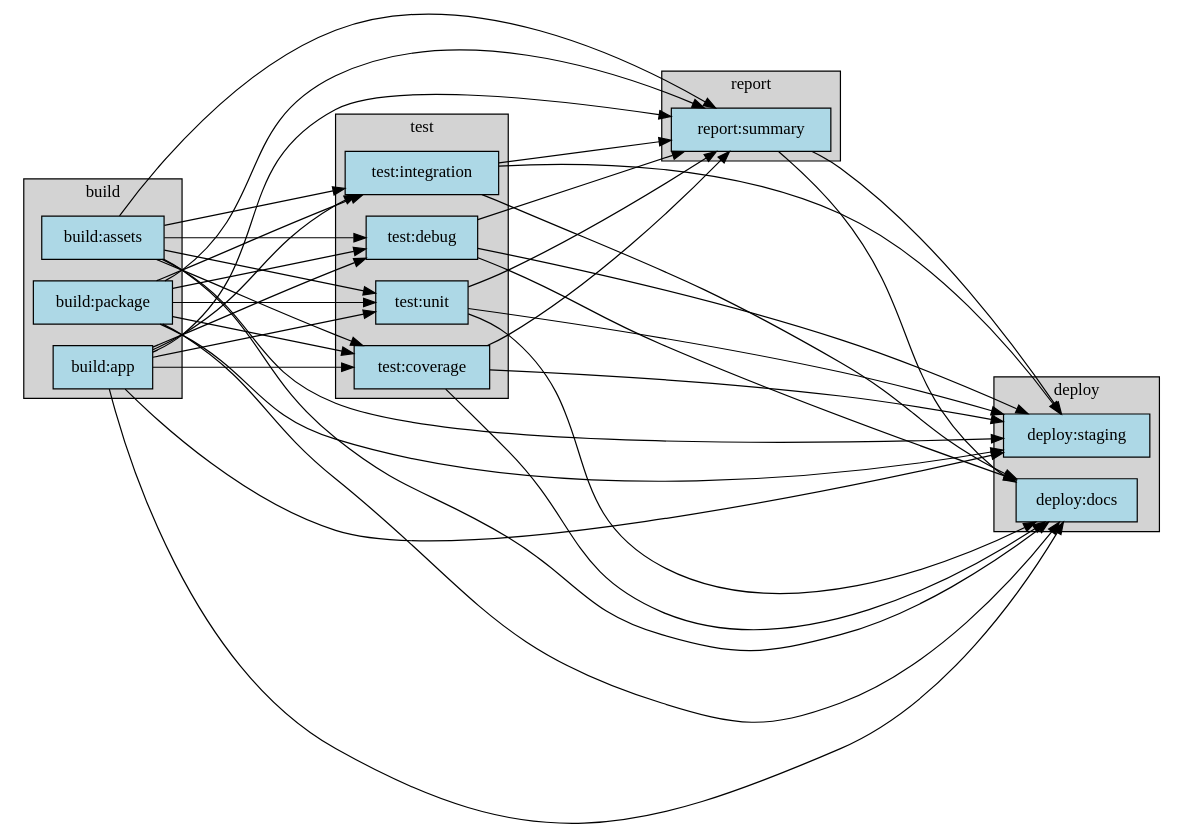
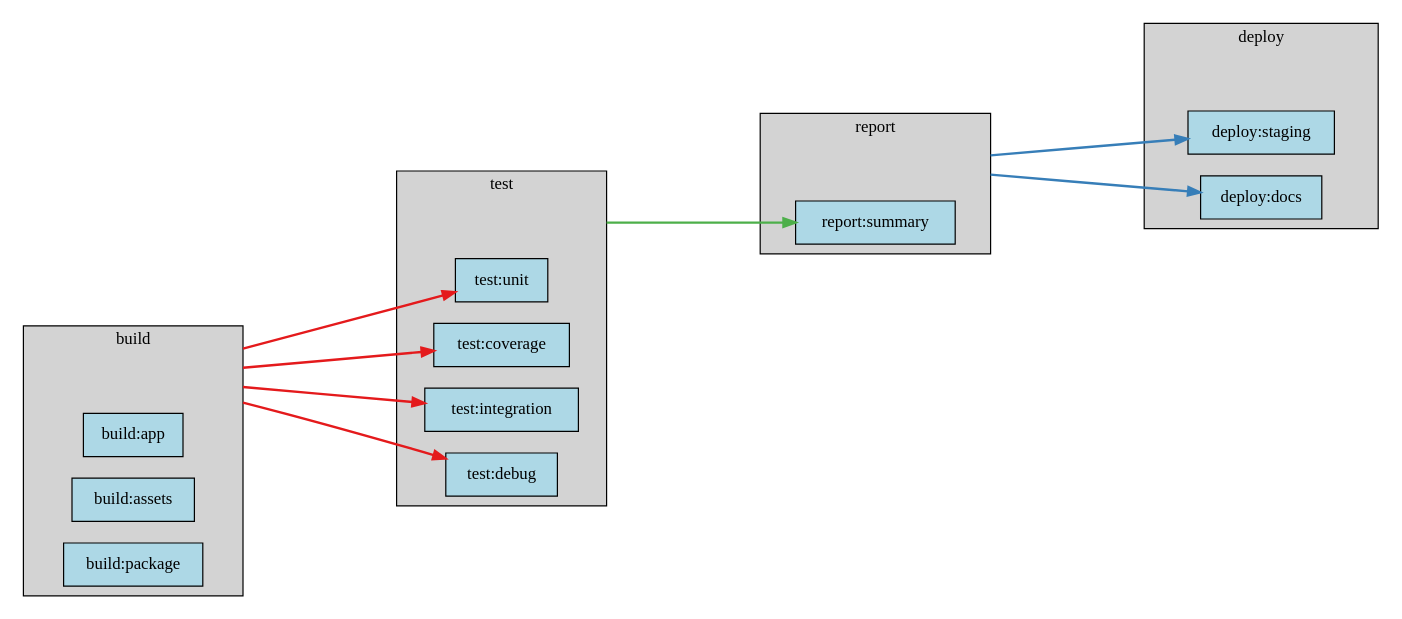
One commit to eisbaw/gitlab_local_ci changed the diagram in test_ci_projects/proj6.output_reference/dag.dot. Above: the diagram before and after it, drawn with Graphviz. The commit also changed 174 other files, not shown here.

```diff
--- a/test_ci_projects/proj6.output_reference/dag.dot
+++ b/test_ci_projects/proj6.output_reference/dag.dot
@@ -1,79 +1,60 @@
 digraph pipeline {
   rankdir="LR";
   ranksep=2;
+  compound=true;
   node [shape=box, style=filled, fillcolor=lightblue];
 
   subgraph cluster_build {
     label="build";
     style=filled;
     fillcolor=lightgrey;
+
+    __stage_anchor_build [style=invis, width=0, height=0];
 
     build_app [label="build:app", tooltip="---\nstage: build\nscript:\n- echo \"Building application version $BUILD_VERSION\"\n- mkdir -p build/bin\n- echo \"app-binary-content\" > build/bin/app\n- echo \"Version $BUILD_VERSION built at $(date)\" > build/version.txt\nartifacts:\n  paths:\n  - build/\n  expire_in: 1 week\n  name: app-build-$CI_COMMIT_REF_SLUG\n"];
     build_assets [label="build:assets", tooltip="---\nstage: build\nscript:\n- echo \"Compiling assets\"\n- mkdir -p dist/css dist/js\n- echo \"body { color: blue; }\" > dist/css/style.css\n- echo \"console.log('hello');\" > dist/js/app.js\nartifacts:\n  paths:\n  - dist/\n  expire_in: 2 days\n  name: assets-$CI_JOB_NAME-$CI_COMMIT_SHORT_SHA\n"];
     build_package [label="build:package", tooltip="---\nstage: build\nscript:\n- echo \"Creating package\"\n- mkdir -p package/src package/test\n- echo \"source code\" > package/src/main.rb\n- echo \"test code\" > package/test/main_test.rb\n- echo \"secret\" > package/secret.key\nartifacts:\n  paths:\n  - package/\n  exclude:\n  - package/**/*.key\n  expire_in: 2 weeks\n  name: package-$CI_COMMIT_TAG\n"];
   }
 
   subgraph cluster_test {
     label="test";
     style=filled;
     fillcolor=lightgrey;
+
+    __stage_anchor_test [style=invis, width=0, height=0];
 
     test_unit [label="test:unit", tooltip="---\nstage: test\ndependencies:\n- build:app\nscript:\n- echo \"Running unit tests with $(cat build/version.txt)\"\n- mkdir -p test-results\n- |\n  cat > test-results/junit.xml << EOF\n  <?xml version=\"1.0\" encoding=\"UTF-8\"?>\n  <testsuites>\n    <testsuite name=\"UnitTests\" tests=\"5\" failures=\"0\" errors=\"0\">\n      <testcase name=\"test_login\" time=\"0.5\"/>\n      <testcase name=\"test_logout\" time=\"0.3\"/>\n      <testcase name=\"test_validation\" time=\"0.7\"/>\n      <testcase name=\"test_api\" time=\"1.2\"/>\n      <testcase name=\"test_database\" time=\"0.8\"/>\n    </testsuite>\n  </testsuites>\n  EOF\nartifacts:\n  reports:\n    junit: test-results/junit.xml\n  paths:\n  - test-results/\n  expire_in: 30 days\n"];
     test_coverage [label="test:coverage", tooltip="---\nstage: test\ndependencies:\n- build:app\nscript:\n- echo \"Generating coverage report\"\n- mkdir -p coverage\n- |\n  cat > coverage/cobertura.xml << EOF\n  <?xml version=\"1.0\"?>\n  <coverage line-rate=\"0.85\" branch-rate=\"0.80\" version=\"1.0\">\n    <packages>\n      <package name=\"main\" line-rate=\"0.85\" branch-rate=\"0.80\">\n        <classes>\n          <class name=\"App\" line-rate=\"0.90\" branch-rate=\"0.85\"/>\n        </classes>\n      </package>\n    </packages>\n  </coverage>\n  EOF\n- echo \"Total coverage: 85%\" > coverage/summary.txt\nartifacts:\n  reports:\n    coverage_report:\n      coverage_format: cobertura\n      path: coverage/cobertura.xml\n  paths:\n  - coverage/\n  expire_in: 1 month\n"];
     test_integration [label="test:integration", tooltip="---\nstage: test\ndependencies:\n- build:app\n- build:assets\nscript:\n- echo \"Running integration tests\"\n- ls -la build/ dist/\n- mkdir -p integration-logs\n- echo \"Integration test log - $(date)\" > integration-logs/test.log\n- echo \"All integration tests passed\" > integration-logs/status.txt\nartifacts:\n  paths:\n  - integration-logs/\n  expire_in: 1 week\n  when: always\n"];
     test_debug [label="test:debug", tooltip="---\nstage: test\ndependencies:\n- build:app\nscript:\n- echo \"Running debug tests\"\n- mkdir -p debug-logs\n- echo \"Debug output: $(date)\" > debug-logs/debug.log\n- echo \"Memory usage: 128MB\" > debug-logs/memory.log\nartifacts:\n  paths:\n  - debug-logs/\n  expire_in: 3 days\n  when: on_failure\n  name: debug-logs-$CI_JOB_ID\n"];
   }
 
   subgraph cluster_report {
     label="report";
     style=filled;
     fillcolor=lightgrey;
 
+    __stage_anchor_report [style=invis, width=0, height=0];
+
     report_summary [label="report:summary", tooltip="---\nstage: report\ndependencies:\n- test:unit\n- test:coverage\n- test:integration\nscript:\n- echo \"Generating test summary report\"\n- echo \"=== Test Summary ===\" > summary.txt\n- echo \"Unit Tests:\" >> summary.txt\n- cat test-results/junit.xml | grep 'testsuite' >> summary.txt || true\n- echo \"\" >> summary.txt\n- echo \"Coverage:\" >> summary.txt\n- cat coverage/summary.txt >> summary.txt\n- echo \"\" >> summary.txt\n- echo \"Integration:\" >> summary.txt\n- cat integration-logs/status.txt >> summary.txt\n- cat summary.txt\nartifacts:\n  paths:\n  - summary.txt\n  expire_in: 90 days\n  name: test-summary-$CI_PIPELINE_ID\n"];
   }
 
   subgraph cluster_deploy {
     label="deploy";
     style=filled;
     fillcolor=lightgrey;
 
+    __stage_anchor_deploy [style=invis, width=0, height=0];
+
     deploy_staging [label="deploy:staging", tooltip="---\nstage: deploy\ndependencies:\n- build:app\n- build:assets\nscript:\n- echo \"Deploying to staging\"\n- echo \"Application binary: $(cat build/bin/app)\"\n- echo \"CSS files: $(ls dist/css/)\"\n- echo \"JS files: $(ls dist/js/)\"\n- echo \"Deployed version: $(cat build/version.txt)\"\nenvironment:\n  name: staging\nartifacts:\n  paths:\n  - build/version.txt\n  expire_in: 6 months\n  name: deployment-info\n"];
     deploy_docs [label="deploy:docs", tooltip="---\nstage: deploy\ndependencies: []\nscript:\n- echo \"Deploying documentation\"\n- mkdir -p docs\n- echo \"# API Documentation\" > docs/README.md\n- echo \"Version: $BUILD_VERSION\" >> docs/README.md\nartifacts:\n  paths:\n  - docs/\n  expire_in: never\n"];
   }
 
-  build_app -> test_unit;
-  build_assets -> test_unit;
-  build_package -> test_unit;
-  build_app -> test_coverage;
-  build_assets -> test_coverage;
-  build_package -> test_coverage;
-  build_app -> test_integration;
-  build_assets -> test_integration;
-  build_package -> test_integration;
-  build_app -> report_summary;
-  build_assets -> report_summary;
-  test_unit -> report_summary;
-  test_coverage -> report_summary;
-  test_integration -> report_summary;
-  test_debug -> report_summary;
-  build_package -> report_summary;
-  build_app -> deploy_staging;
-  build_assets -> deploy_staging;
-  test_unit -> deploy_staging;
-  test_coverage -> deploy_staging;
-  test_integration -> deploy_staging;
-  report_summary -> deploy_staging;
-  test_debug -> deploy_staging;
-  build_package -> deploy_staging;
-  build_app -> deploy_docs;
-  build_assets -> deploy_docs;
-  test_unit -> deploy_docs;
-  test_coverage -> deploy_docs;
-  test_integration -> deploy_docs;
-  report_summary -> deploy_docs;
-  test_debug -> deploy_docs;
-  build_package -> deploy_docs;
-  build_app -> test_debug;
-  build_assets -> test_debug;
-  build_package -> test_debug;
+  __stage_anchor_build -> test_unit [ltail=cluster_build, style=bold, color="#E41A1C"];
+  __stage_anchor_build -> test_coverage [ltail=cluster_build, style=bold, color="#E41A1C"];
+  __stage_anchor_build -> test_integration [ltail=cluster_build, style=bold, color="#E41A1C"];
+  __stage_anchor_test -> report_summary [ltail=cluster_test, style=bold, color="#4DAF4A"];
+  __stage_anchor_report -> deploy_staging [ltail=cluster_report, style=bold, color="#377EB8"];
+  __stage_anchor_report -> deploy_docs [ltail=cluster_report, style=bold, color="#377EB8"];
+  __stage_anchor_build -> test_debug [ltail=cluster_build, style=bold, color="#E41A1C"];
 }
```
